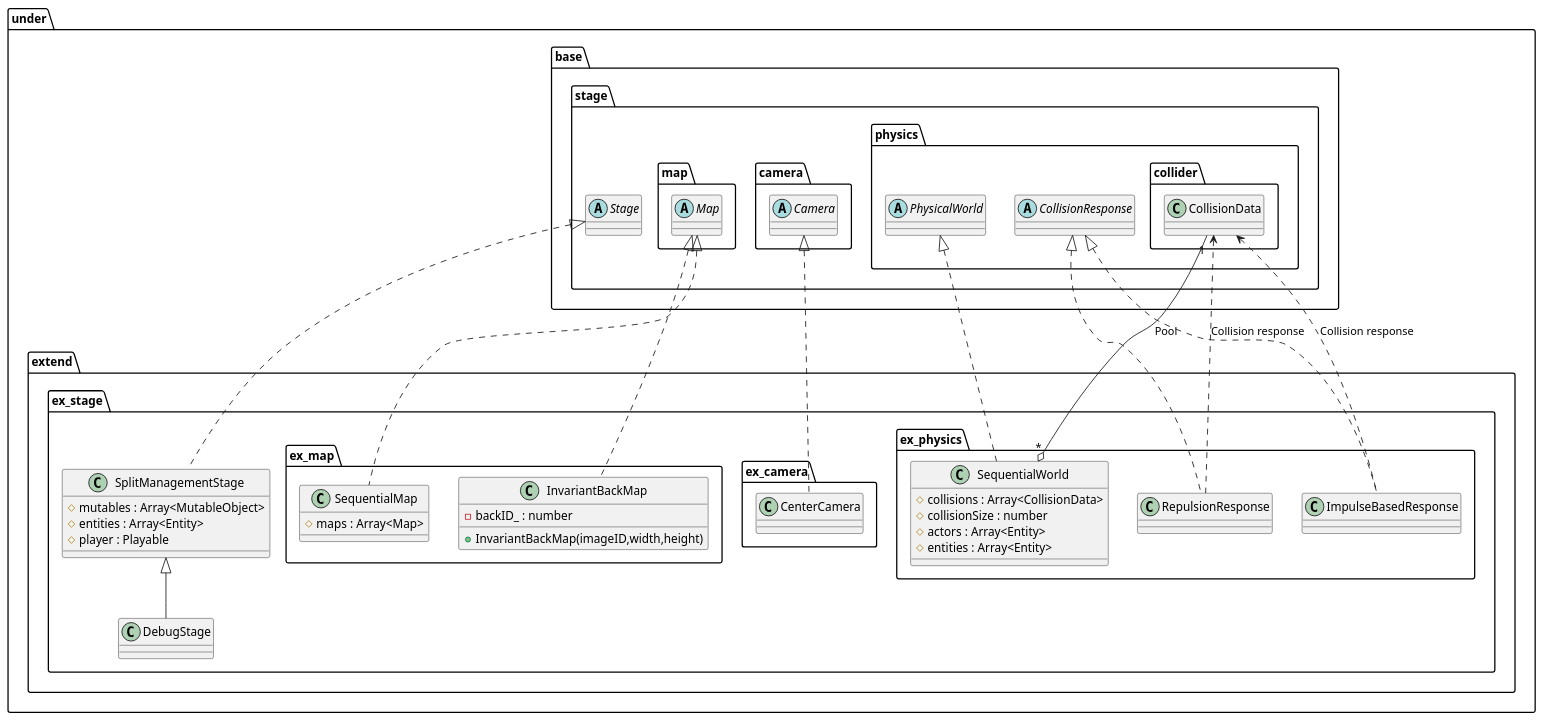
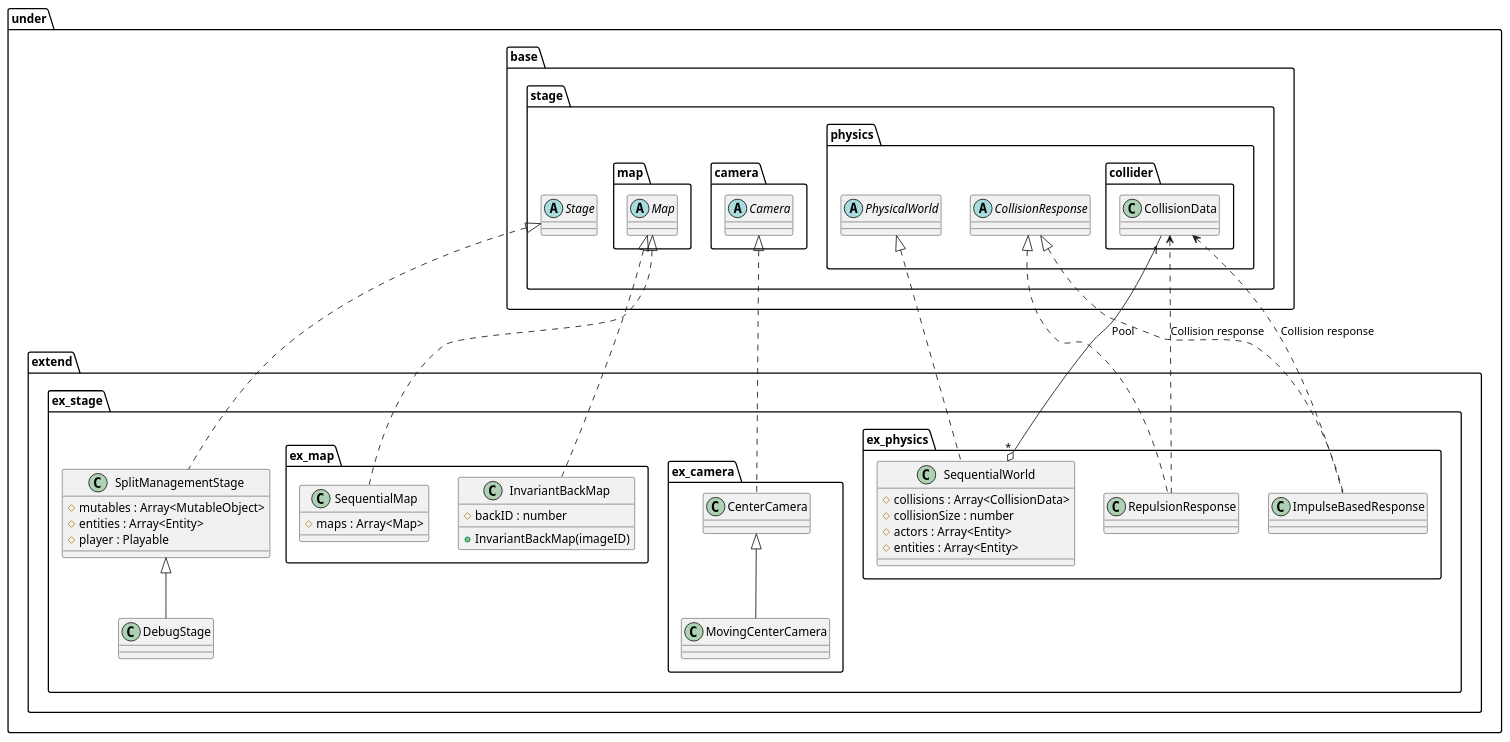
Before and after one commit to Expine/Under: the diagram in uml/stage/Extend.wsd, drawn with PlantUML. The commit also changed 26 other files, not shown here.

```diff
--- a/uml/stage/Extend.wsd
+++ b/uml/stage/Extend.wsd
@@ -1,72 +1,74 @@
 @startuml StageExtend
 package under {
     package extend {
         package ex_stage {
             class SplitManagementStage {
                 #mutables : Array<MutableObject>
                 #entities : Array<Entity>
                 #player : Playable
             }
             class DebugStage
             package ex_map {
                 class SequentialMap {
                     #maps : Array<Map>
                 }
                 class InvariantBackMap {
-                    +InvariantBackMap(imageID,width,height)
-                    -backID_ : number
+                    +InvariantBackMap(imageID)
+                    #backID : number
                 }
             }
             package ex_camera {
                 class CenterCamera
+                class MovingCenterCamera
             }
 
             package ex_physics {
                 class SequentialWorld {
                     #collisions : Array<CollisionData>
                     #collisionSize : number
                     #actors : Array<Entity>
                     #entities : Array<Entity>
                 }
                 class ImpulseBasedResponse
                 class RepulsionResponse
             }
         }
     }
 }
 
 package under {
     package base {
         package stage {
             abstract Stage
             package map {
                 abstract Map
             }
             package camera {
                 abstract Camera
             }
             package physics {
                 abstract PhysicalWorld
                 abstract CollisionResponse
                 package collider {
                     class CollisionData
                 }
             }
         }
     }
 }
 
 CollisionData <.. ImpulseBasedResponse : Collision response
 CollisionData <.. RepulsionResponse : Collision response
 CollisionData "1"--o "*"SequentialWorld : Pool
 
 Stage <|.. SplitManagementStage
 SplitManagementStage <|-- DebugStage
 Camera <|.. CenterCamera
+CenterCamera <|-- MovingCenterCamera
 Map <|.. SequentialMap
 Map <|.. InvariantBackMap
 PhysicalWorld <|.. SequentialWorld
 CollisionResponse <|.. ImpulseBasedResponse
 CollisionResponse <|.. RepulsionResponse
 
 @enduml
```
